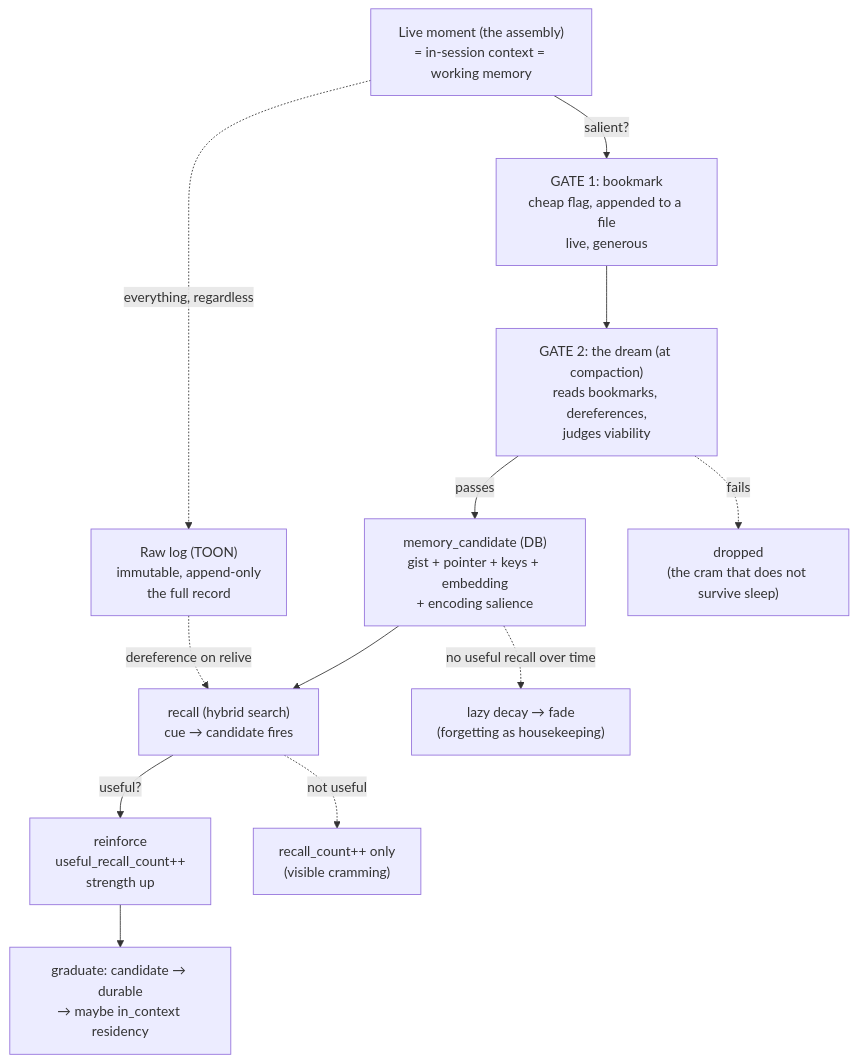
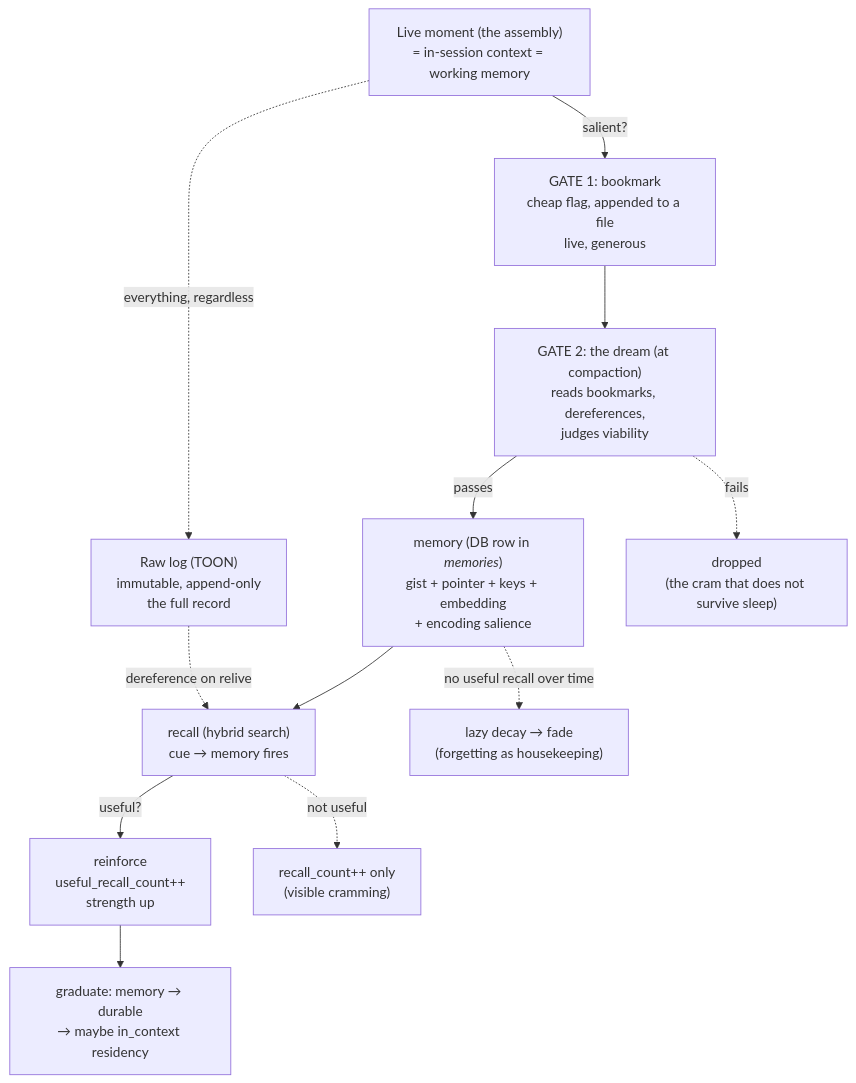
The diagram in work_dir/saori/zero_to_one_memory/06_capture_consolidation_and_reinforcement.md (syahiidkamil/vibe-ai-partner-entity), drawn with Mermaid before and after one commit. The commit also changed other lines of this file and 2 other files, not shown here.

First line of the commit message:
docs(memory): rename to memories, capture the creative-seeds + correction design, plan the bookmark build

````diff
--- a/work_dir/saori/zero_to_one_memory/06_capture_consolidation_and_reinforcement.md
+++ b/work_dir/saori/zero_to_one_memory/06_capture_consolidation_and_reinforcement.md
@@ -21,15 +21,15 @@
 ```mermaid
 flowchart TB
     A["Live moment (the assembly)<br/>= in-session context = working memory"]
     A -->|salient?| B["GATE 1: bookmark<br/>cheap flag, appended to a file<br/>live, generous"]
     A -.->|everything, regardless| RAW["Raw log (TOON)<br/>immutable, append-only<br/>the full record"]
     B --> C["GATE 2: the dream (at compaction)<br/>reads bookmarks, dereferences,<br/>judges viability"]
-    C -->|passes| D["memory_candidate (DB)<br/>gist + pointer + keys + embedding<br/>+ encoding salience"]
+    C -->|passes| D["memory (DB row in <i>memories</i>)<br/>gist + pointer + keys + embedding<br/>+ encoding salience"]
     C -.->|fails| X["dropped<br/>(the cram that does not survive sleep)"]
-    D --> E["recall (hybrid search)<br/>cue → candidate fires"]
+    D --> E["recall (hybrid search)<br/>cue → memory fires"]
     E -->|useful?| F["reinforce<br/>useful_recall_count++<br/>strength up"]
     E -.->|not useful| G["recall_count++ only<br/>(visible cramming)"]
-    F --> H["graduate: candidate → durable<br/>→ maybe in_context residency"]
+    F --> H["graduate: memory → durable<br/>→ maybe in_context residency"]
     D -.->|no useful recall over time| I["lazy decay → fade<br/>(forgetting as housekeeping)"]
     RAW -.->|dereference on relive| E
 ```
````
